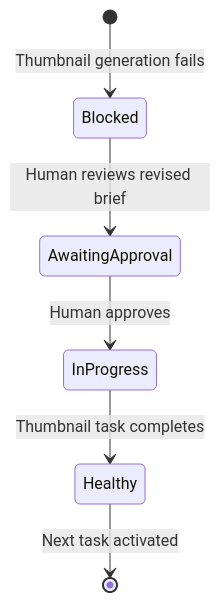
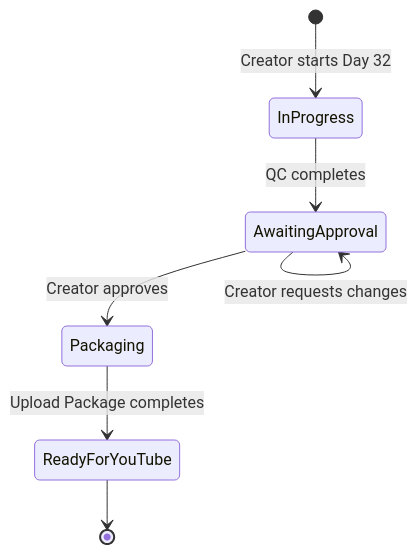
Before and after one commit to Bjay008/mission-control: the third of 3 diagrams in docs/ARCHITECTURE.md, drawn with Mermaid. The commit also changed other lines of this file and 8 other files, not shown here.

Commit message:
Add creator approval checkpoint before upload package

````diff
--- a/docs/ARCHITECTURE.md
+++ b/docs/ARCHITECTURE.md
@@ -82,8 +84,9 @@
 ```mermaid
 stateDiagram-v2
-    [*] --> Blocked: Thumbnail generation fails
-    Blocked --> AwaitingApproval: Human reviews revised brief
-    AwaitingApproval --> InProgress: Human approves
-    InProgress --> Healthy: Thumbnail task completes
-    Healthy --> [*]: Next task activated
+    [*] --> InProgress: Creator starts Day 32
+    InProgress --> AwaitingApproval: QC completes
+    AwaitingApproval --> AwaitingApproval: Creator requests changes
+    AwaitingApproval --> Packaging: Creator approves
+    Packaging --> ReadyForYouTube: Upload Package completes
+    ReadyForYouTube --> [*]
 ```
````
